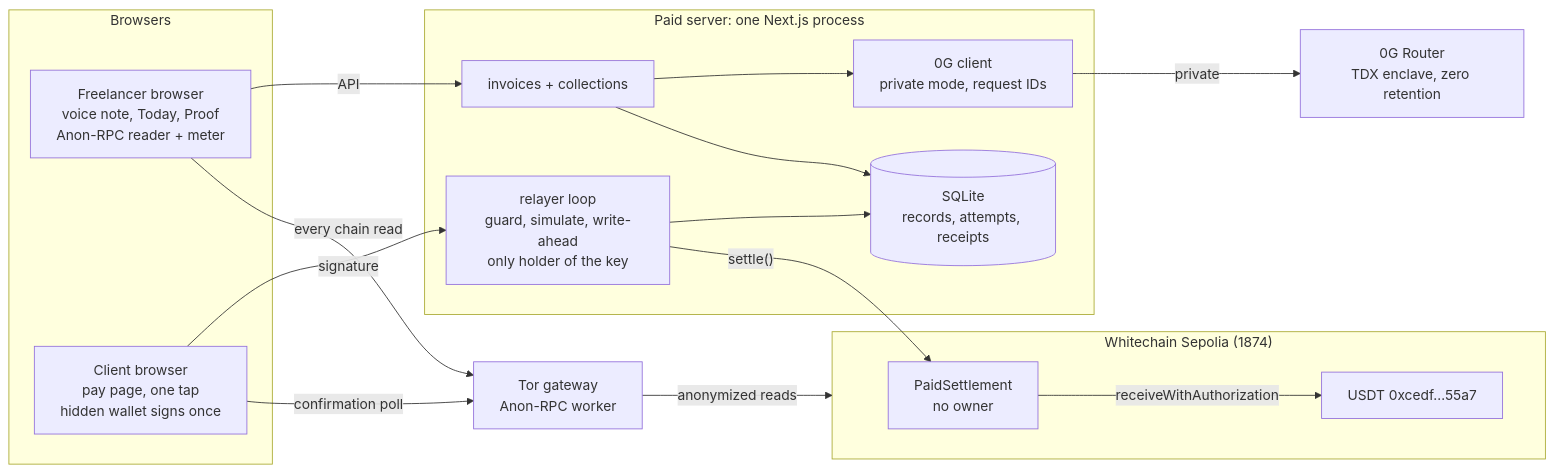
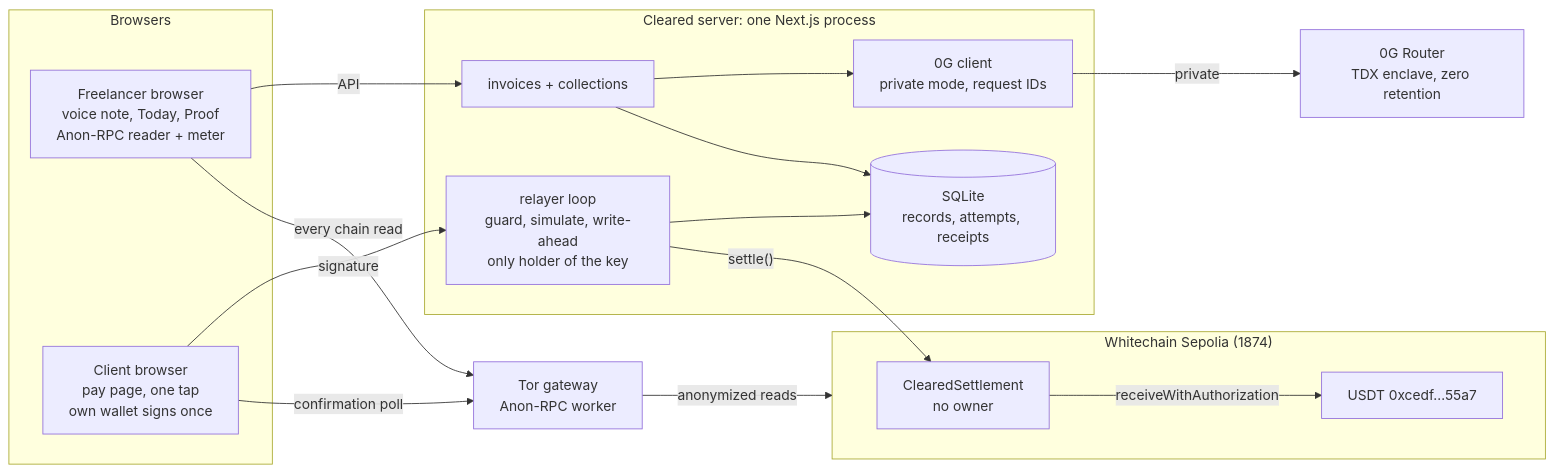
The first of 2 diagrams in PLAN.md (ratik21/cleared), drawn with Mermaid before and after one commit. The commit also changed other lines of this file and 2 other files, not shown here.

First line of the commit message:
docs: rename to Cleared, retarget to Whitechain Operate

````diff
--- a/PLAN.md
+++ b/PLAN.md
@@ -74,30 +87,30 @@
 ```mermaid
 flowchart LR
   subgraph Browsers
     FB["Freelancer browser<br/>voice note, Today, Proof<br/>Anon-RPC reader + meter"]
-    CB["Client browser<br/>pay page, one tap<br/>hidden wallet signs once"]
+    CB["Client browser<br/>pay page, one tap<br/>own wallet signs once"]
   end
-  subgraph Server["Paid server: one Next.js process"]
+  subgraph Server["Cleared server: one Next.js process"]
     INV["invoices + collections"]
     AI["0G client<br/>private mode, request IDs"]
     REL["relayer loop<br/>guard, simulate, write-ahead<br/>only holder of the key"]
     DB[("SQLite<br/>records, attempts, receipts")]
   end
   ZG["0G Router<br/>TDX enclave, zero retention"]
   TOR["Tor gateway<br/>Anon-RPC worker"]
   subgraph WC["Whitechain Sepolia (1874)"]
-    PS["PaidSettlement<br/>no owner"]
+    PS["ClearedSettlement<br/>no owner"]
     USDT["USDT 0xcedf…55a7"]
   end
   FB -->|API| INV
   CB -->|signature| REL
   INV --> AI
   AI -->|private| ZG
   INV --> DB
   REL --> DB
   REL -->|"settle()"| PS
   PS -->|receiveWithAuthorization| USDT
   FB -->|every chain read| TOR
   CB -->|confirmation poll| TOR
   TOR -->|anonymized reads| WC
 ```
````
